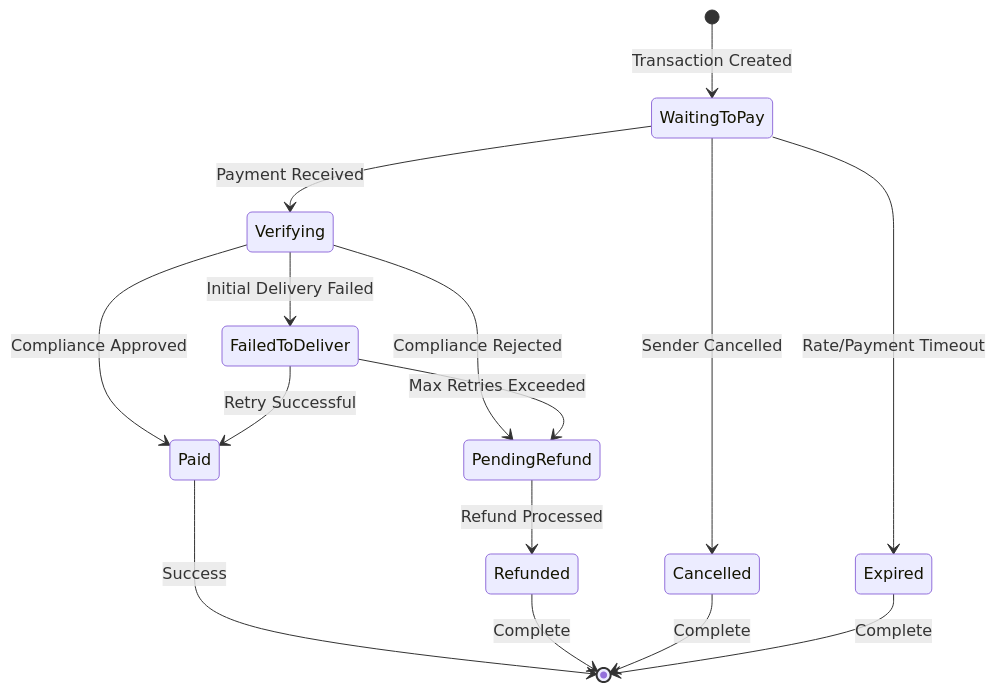
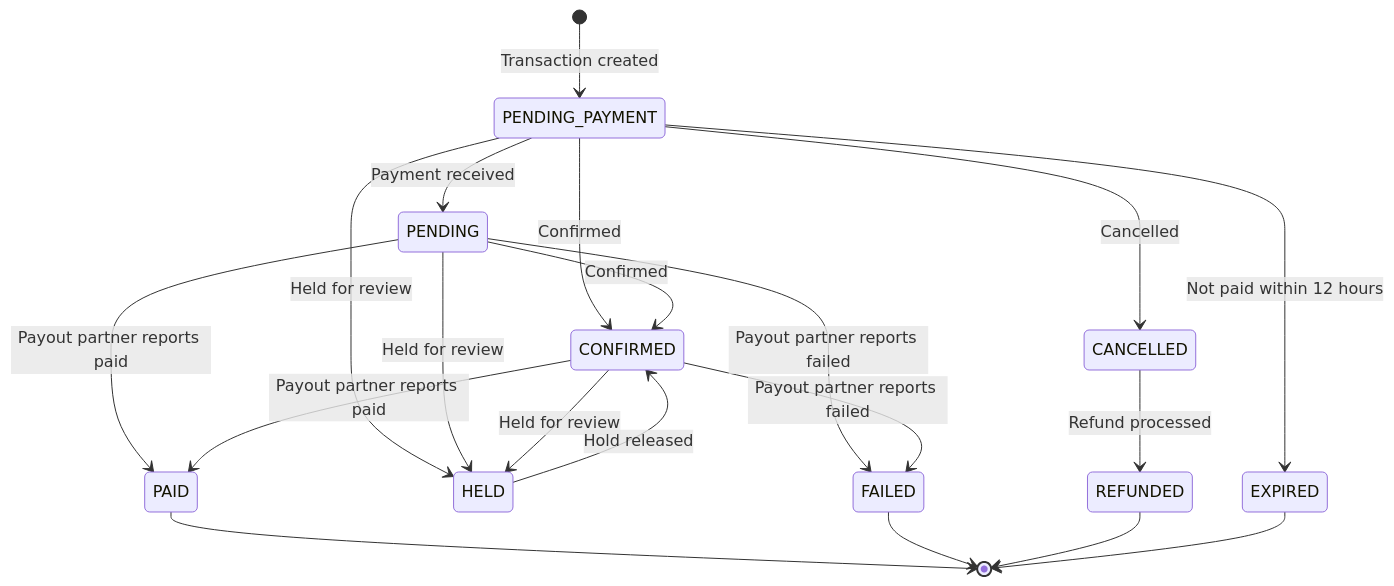
One commit to trillionclues-fincode/docs changed diagram 14 of 14 in remittance/process-flows.mdx. Above: the diagram before and after it, drawn with Mermaid. The commit also changed other lines of this file and 9 other files, not shown here.

````diff
--- a/remittance/process-flows.mdx
+++ b/remittance/process-flows.mdx
@@ -1054,22 +1054,26 @@
 ```mermaid
 stateDiagram-v2
-    [*] --> WaitingToPay: Transaction Created
-    WaitingToPay --> Verifying: Payment Received
-    WaitingToPay --> Cancelled: Sender Cancelled
-    WaitingToPay --> Expired: Rate/Payment Timeout
+    [*] --> PENDING_PAYMENT: Transaction created
+    PENDING_PAYMENT --> PENDING: Payment received
+    PENDING_PAYMENT --> EXPIRED: Not paid within 12 hours
+    PENDING_PAYMENT --> CANCELLED: Cancelled
 
-    Verifying --> Paid: Compliance Approved
-    Verifying --> PendingRefund: Compliance Rejected
-    Verifying --> FailedToDeliver: Initial Delivery Failed
+    PENDING_PAYMENT --> CONFIRMED: Confirmed
+    PENDING_PAYMENT --> HELD: Held for review
+    PENDING --> CONFIRMED: Confirmed
+    PENDING --> HELD: Held for review
+    CONFIRMED --> HELD: Held for review
+    HELD --> CONFIRMED: Hold released
 
-    Paid --> [*]: Success
+    PENDING --> PAID: Payout partner reports paid
+    PENDING --> FAILED: Payout partner reports failed
+    CONFIRMED --> PAID: Payout partner reports paid
+    CONFIRMED --> FAILED: Payout partner reports failed
 
-    FailedToDeliver --> Paid: Retry Successful
-    FailedToDeliver --> PendingRefund: Max Retries Exceeded
+    CANCELLED --> REFUNDED: Refund processed
 
-    PendingRefund --> Refunded: Refund Processed
-    Refunded --> [*]: Complete
-
-    Cancelled --> [*]: Complete
-    Expired --> [*]: Complete
+    PAID --> [*]
+    FAILED --> [*]
+    REFUNDED --> [*]
+    EXPIRED --> [*]
 ```
````
